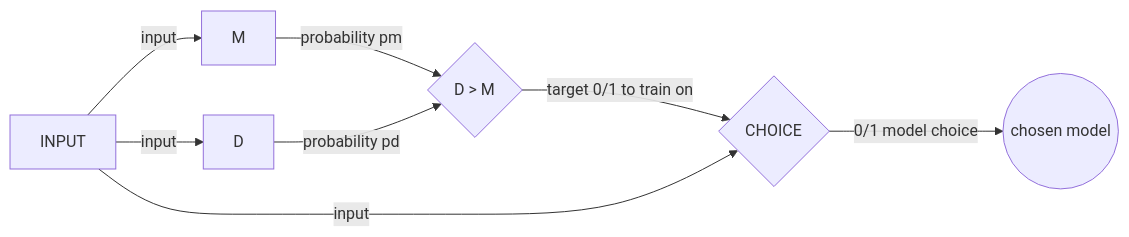
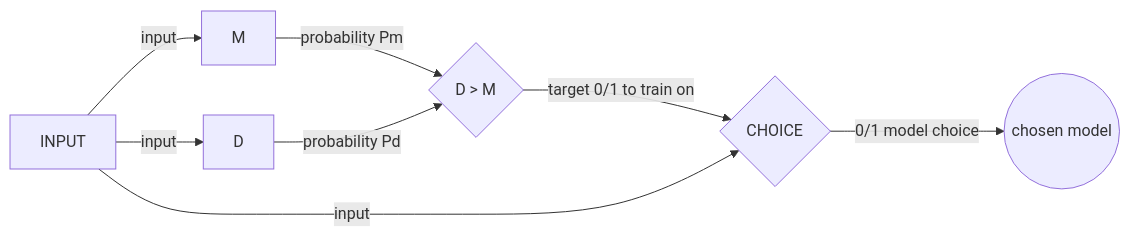
One commit to edith141/MD-CHOICE changed the diagram in README.md. Above: the diagram before and after it, drawn with Mermaid. The commit also changed other lines of this file, not shown here.

````diff
--- a/README.md
+++ b/README.md
@@ -9,17 +9,17 @@
 ```mermaid
 graph LR
 IP[INPUT] -- input --> M
 
 IP -- input --> D
 
-M -- probability pm --> T -- target 0/1 to train on --> C
+M -- probability Pm--> T -- target 0/1 to train on --> C
 IP -- input --> C
-D -- probability pd --> T
+D -- probability Pd --> T
 
 C -- 0/1 model choice --> OP
 M[M]
 D[D]
 T{D > M}
 C{CHOICE}
 OP((chosen model))
 ```
````
